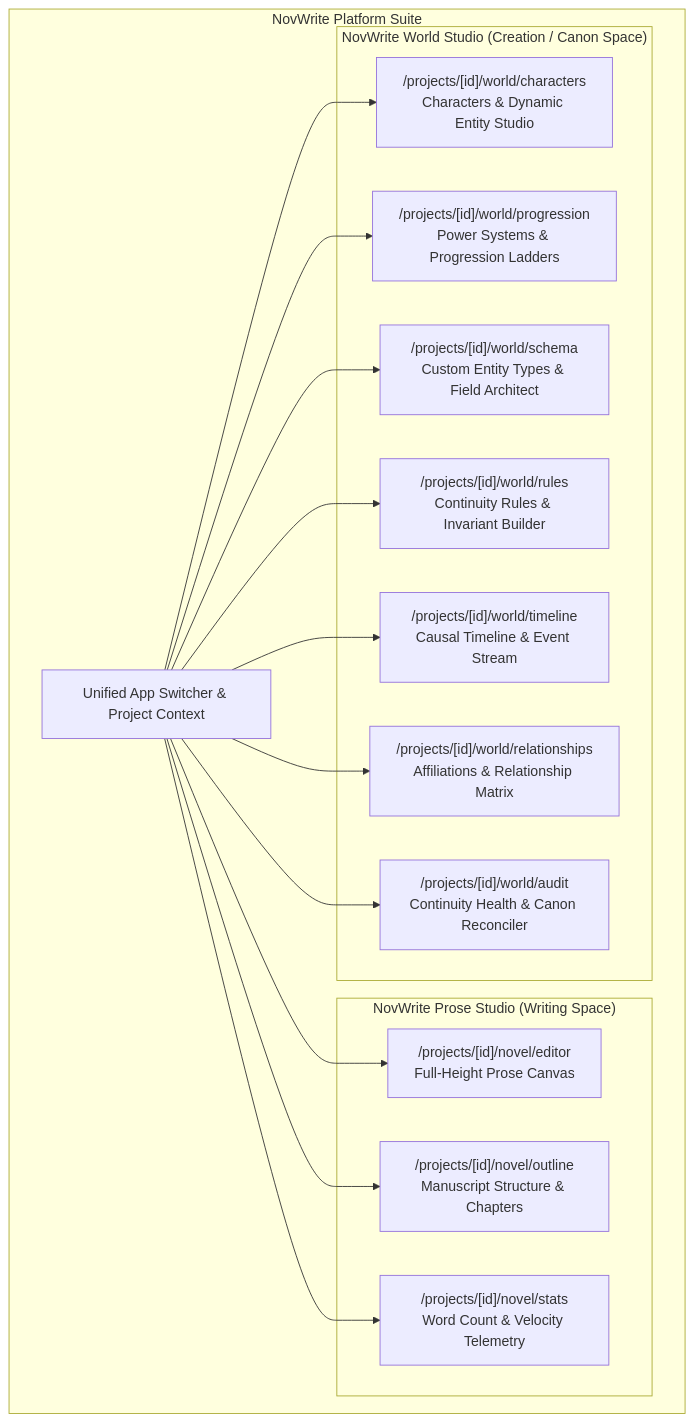
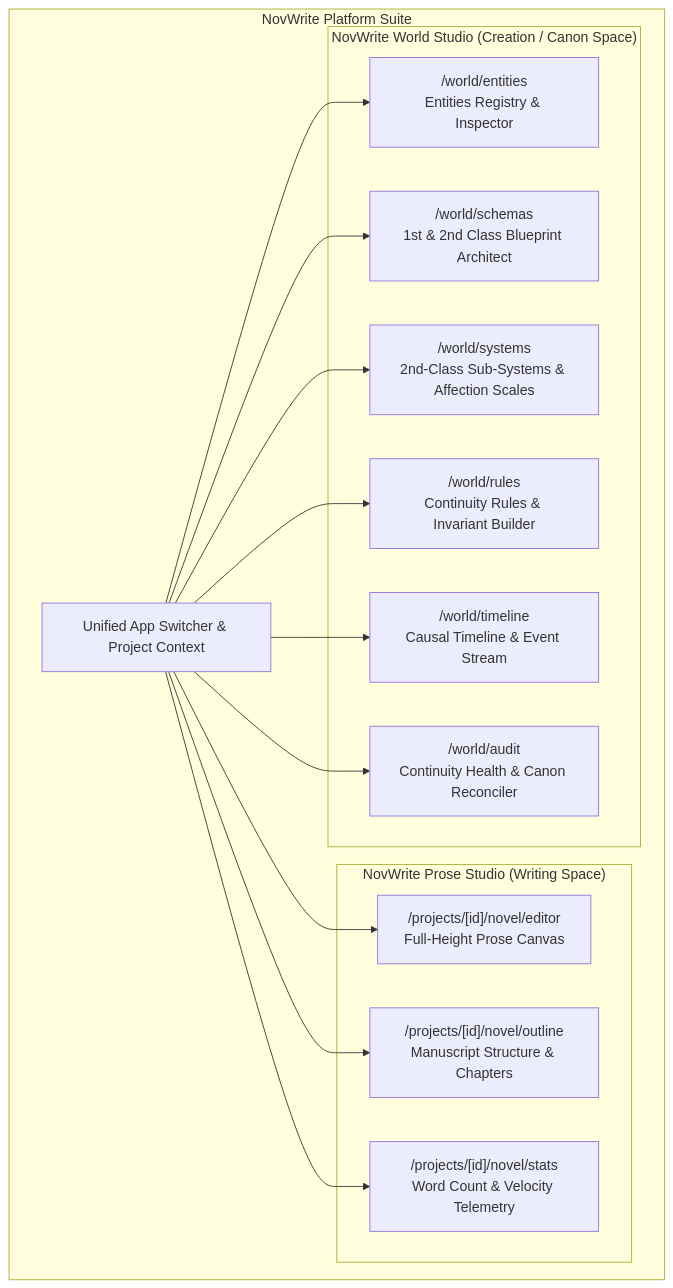
The first of 2 diagrams in docs/FRONTEND_ARCHITECTURE.md (Yogesh-Kumar-Mallik-dev/NovWrite), drawn with Mermaid before and after one commit. The commit also changed other lines of this file and 9 other files, not shown here.

````diff
--- a/docs/FRONTEND_ARCHITECTURE.md
+++ b/docs/FRONTEND_ARCHITECTURE.md
@@ -22,25 +22,24 @@
 ```mermaid
 flowchart TB
     subgraph Suite ["NovWrite Platform Suite"]
         AppNav["Unified App Switcher & Project Context"]
 
         subgraph ProseApp ["NovWrite Prose Studio (Writing Space)"]
             P1["/projects/[id]/novel/editor<br/>Full-Height Prose Canvas"]
             P2["/projects/[id]/novel/outline<br/>Manuscript Structure & Chapters"]
             P3["/projects/[id]/novel/stats<br/>Word Count & Velocity Telemetry"]
         end
 
         subgraph WorldApp ["NovWrite World Studio (Creation / Canon Space)"]
-            W1["/projects/[id]/world/characters<br/>Characters & Dynamic Entity Studio"]
-            W2["/projects/[id]/world/progression<br/>Power Systems & Progression Ladders"]
-            W3["/projects/[id]/world/schema<br/>Custom Entity Types & Field Architect"]
-            W4["/projects/[id]/world/rules<br/>Continuity Rules & Invariant Builder"]
-            W5["/projects/[id]/world/timeline<br/>Causal Timeline & Event Stream"]
-            W6["/projects/[id]/world/relationships<br/>Affiliations & Relationship Matrix"]
-            W7["/projects/[id]/world/audit<br/>Continuity Health & Canon Reconciler"]
+            W1["/world/entities<br/>Entities Registry & Inspector"]
+            W2["/world/schemas<br/>1st & 2nd Class Blueprint Architect"]
+            W3["/world/systems<br/>2nd-Class Sub-Systems & Affection Scales"]
+            W4["/world/rules<br/>Continuity Rules & Invariant Builder"]
+            W5["/world/timeline<br/>Causal Timeline & Event Stream"]
+            W6["/world/audit<br/>Continuity Health & Canon Reconciler"]
         end
     end
 
     AppNav --> P1 & P2 & P3
-    AppNav --> W1 & W2 & W3 & W4 & W5 & W6 & W7
+    AppNav --> W1 & W2 & W3 & W4 & W5 & W6
 ```
````
